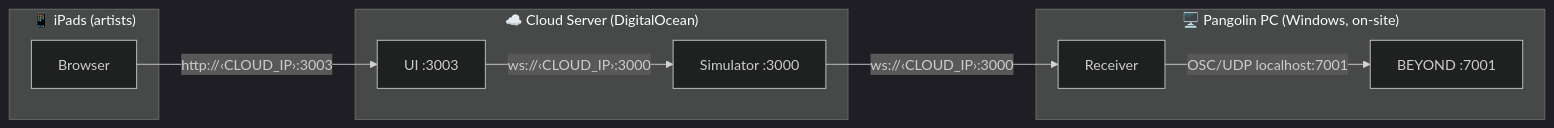
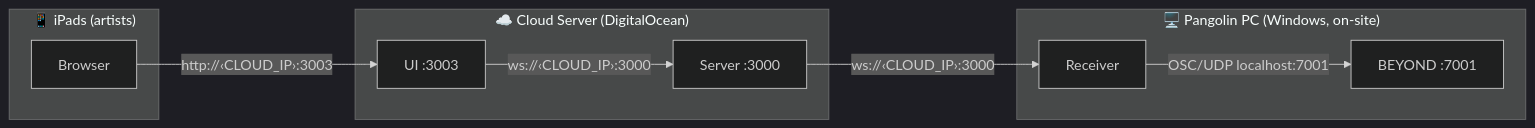
One commit to illuminate-sf/wavegrid changed the first of 2 diagrams in docs/event-deployment.md. Above: the diagram before and after it, drawn with Mermaid (dark theme). The commit also changed other lines of this file and 35 other files, not shown here.

First line of the commit message:
feat: rename simulator to server, fix broadcast, add mic input

````diff
--- a/docs/event-deployment.md
+++ b/docs/event-deployment.md
@@ -5,21 +5,21 @@
 ```mermaid
 graph LR
     subgraph Cloud["☁️ Cloud Server (DigitalOcean)"]
-        SIM["Simulator :3000"]
+        SIM["Server :3000"]
         UI["UI :3003"]
     end
 
     subgraph iPad["📱 iPads (artists)"]
         BROWSER["Browser"]
     end
 
     subgraph PangolinPC["🖥️ Pangolin PC (Windows, on-site)"]
         RX["Receiver"]
         BEYOND["BEYOND :7001"]
     end
 
     BROWSER -- "http://‹CLOUD_IP›:3003" --> UI
     UI -- "ws://‹CLOUD_IP›:3000" --> SIM
     SIM -- "ws://‹CLOUD_IP›:3000" --> RX
     RX -- "OSC/UDP localhost:7001" --> BEYOND
 ```
````
